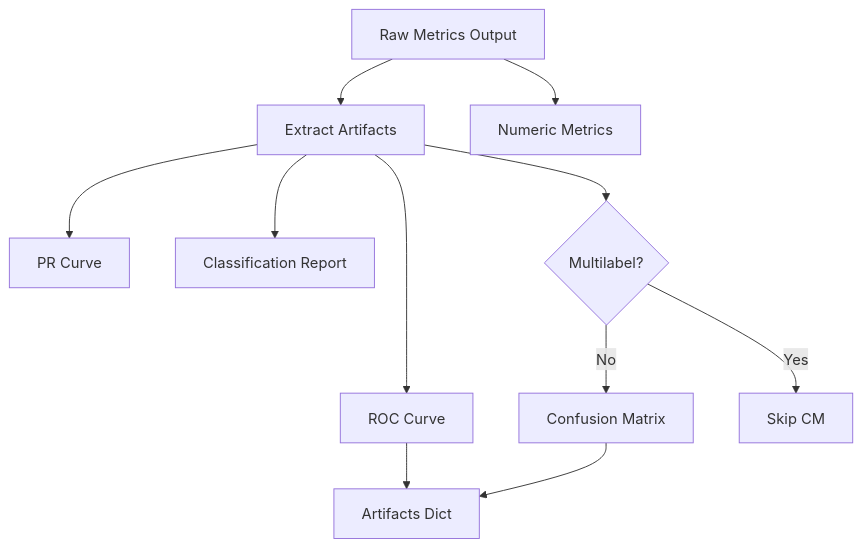
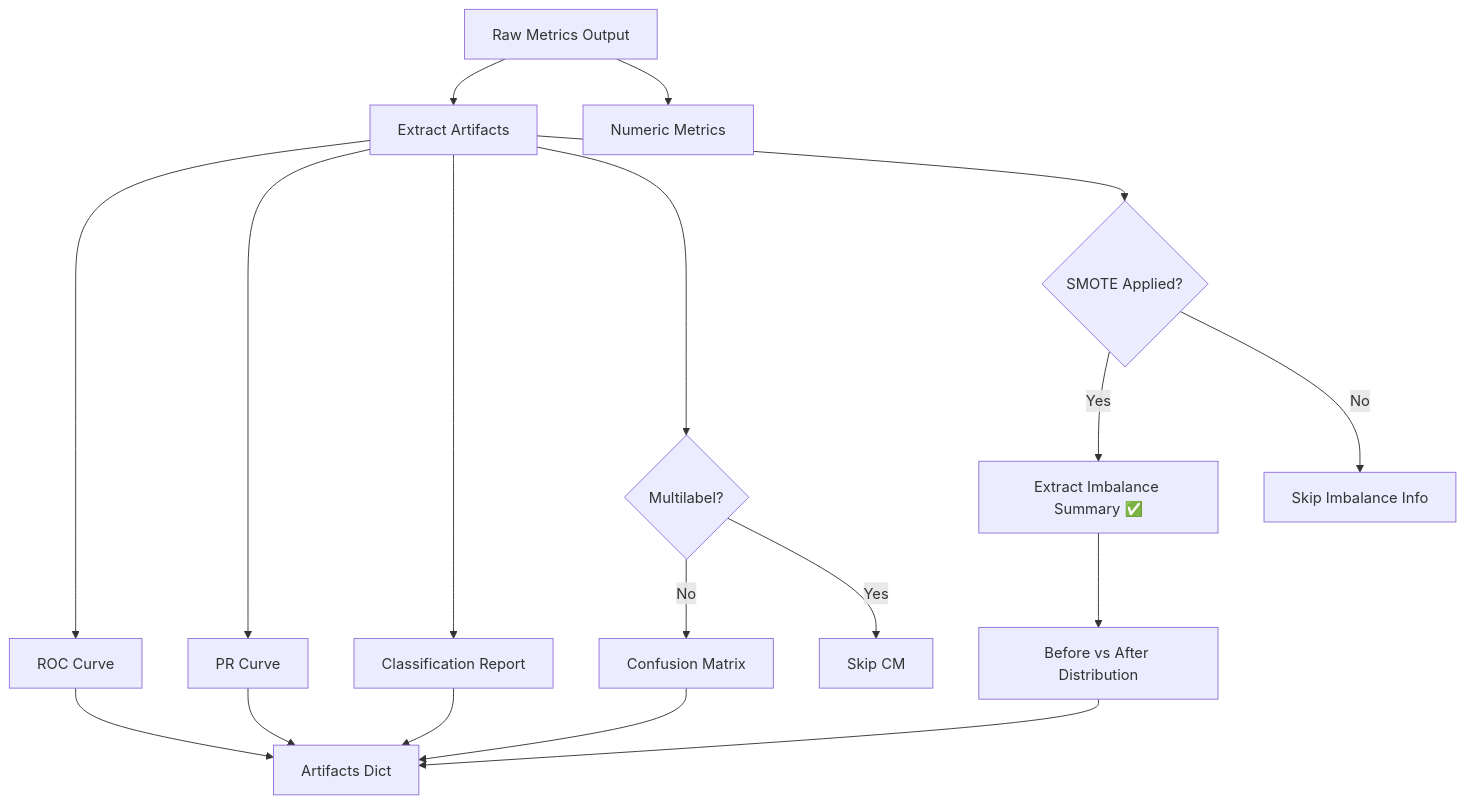
The fourth of 4 diagrams in lib/utility/machinelearning/facade/CLASSIFICATIONMODELUTILITY.md (abhinavssingh/python-learnings), drawn with Mermaid before and after one commit. The commit also changed other lines of this file and 15 other files, not shown here.

````diff
--- a/lib/utility/machinelearning/facade/CLASSIFICATIONMODELUTILITY.md
+++ b/lib/utility/machinelearning/facade/CLASSIFICATIONMODELUTILITY.md
@@ -91,19 +129,29 @@
 ```mermaid
 flowchart TD
 
     A[Raw Metrics Output] --> B[Extract Artifacts]
 
     B --> C[ROC Curve]
     B --> D[PR Curve]
     B --> E[Classification Report]
 
     B --> F{Multilabel?}
 
     F -->|No| G[Confusion Matrix]
     F -->|Yes| H[Skip CM]
 
-    C --> I[Artifacts Dict]
-    G --> I
+    B --> I{SMOTE Applied?}
 
-    A --> J[Numeric Metrics]
+    I -->|Yes| J[Extract Imbalance Summary ✅]
+    I -->|No| K[Skip Imbalance Info]
+
+    J --> J1[Before vs After Distribution]
+
+    C --> L[Artifacts Dict]
+    D --> L
+    E --> L
+    G --> L
+    J1 --> L
+
+    A --> M[Numeric Metrics]
 ```
````
